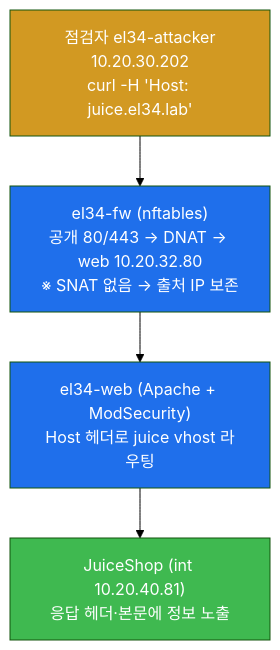
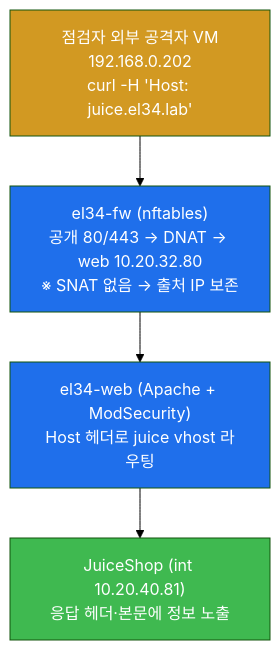
The second of 5 diagrams in contents/training/web-vuln/lecture_week11.md (mrgrit/tw2), drawn with Mermaid (forest theme) before and after one commit. The commit also changed other lines of this file and 304 other files, not shown here.

````diff
--- a/contents/training/web-vuln/lecture_week11.md
+++ b/contents/training/web-vuln/lecture_week11.md
@@ -236,12 +236,12 @@
 ```mermaid
 graph TD
-    ATK["점검자 el34-attacker<br/>10.20.30.202<br/>curl -H 'Host: juice.el34.lab'"]
+    ATK["점검자 외부 공격자 VM<br/>192.168.0.202<br/>curl -H 'Host: juice.el34.lab'"]
     FW["el34-fw (nftables)<br/>공개 80/443 → DNAT → web 10.20.32.80<br/>※ SNAT 없음 → 출처 IP 보존"]
     WEB["el34-web (Apache + ModSecurity)<br/>Host 헤더로 juice vhost 라우팅"]
     APP["JuiceShop (int 10.20.40.81)<br/>응답 헤더·본문에 정보 노출"]
     ATK --> FW --> WEB --> APP
     style ATK fill:#d29922,color:#fff
     style FW fill:#1f6feb,color:#fff
     style WEB fill:#1f6feb,color:#fff
     style APP fill:#3fb950,color:#fff
 ```
````
